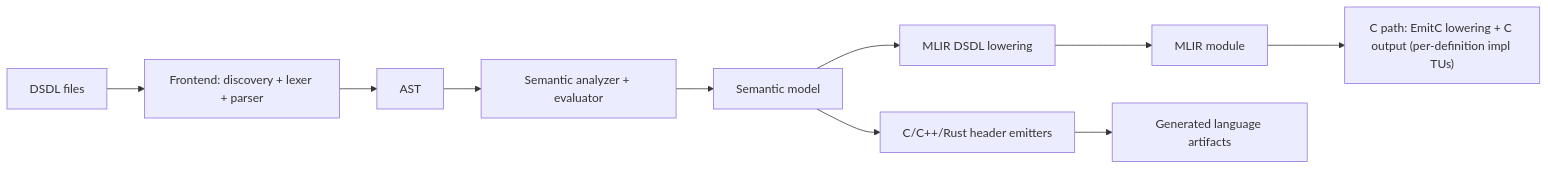
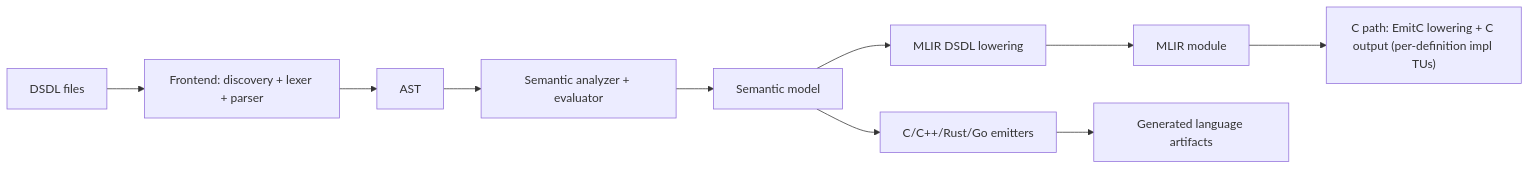
The diagram in DESIGN.md (thirtytwobits/llvm-dsdl), drawn with Mermaid before and after one commit. The commit also changed other lines of this file and 47 other files, not shown here.

````diff
--- a/DESIGN.md
+++ b/DESIGN.md
@@ -24,12 +25,12 @@
 ```mermaid
 flowchart LR
   A["DSDL files"] --> B["Frontend: discovery + lexer + parser"]
   B --> C["AST"]
   C --> D["Semantic analyzer + evaluator"]
   D --> E["Semantic model"]
   E --> F["MLIR DSDL lowering"]
   F --> G["MLIR module"]
   G --> H["C path: EmitC lowering + C output (per-definition impl TUs)"]
-  E --> I["C/C++/Rust header emitters"]
+  E --> I["C/C++/Rust/Go emitters"]
   I --> J["Generated language artifacts"]
 ```
````
